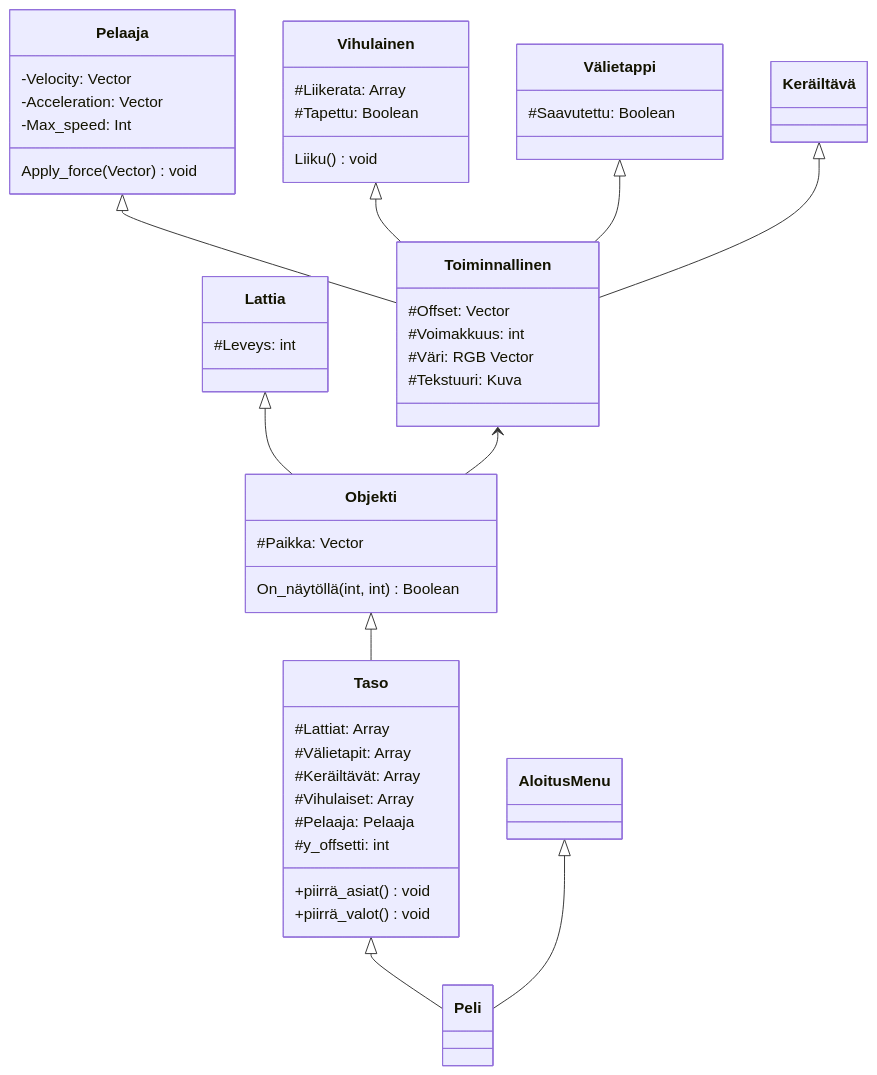
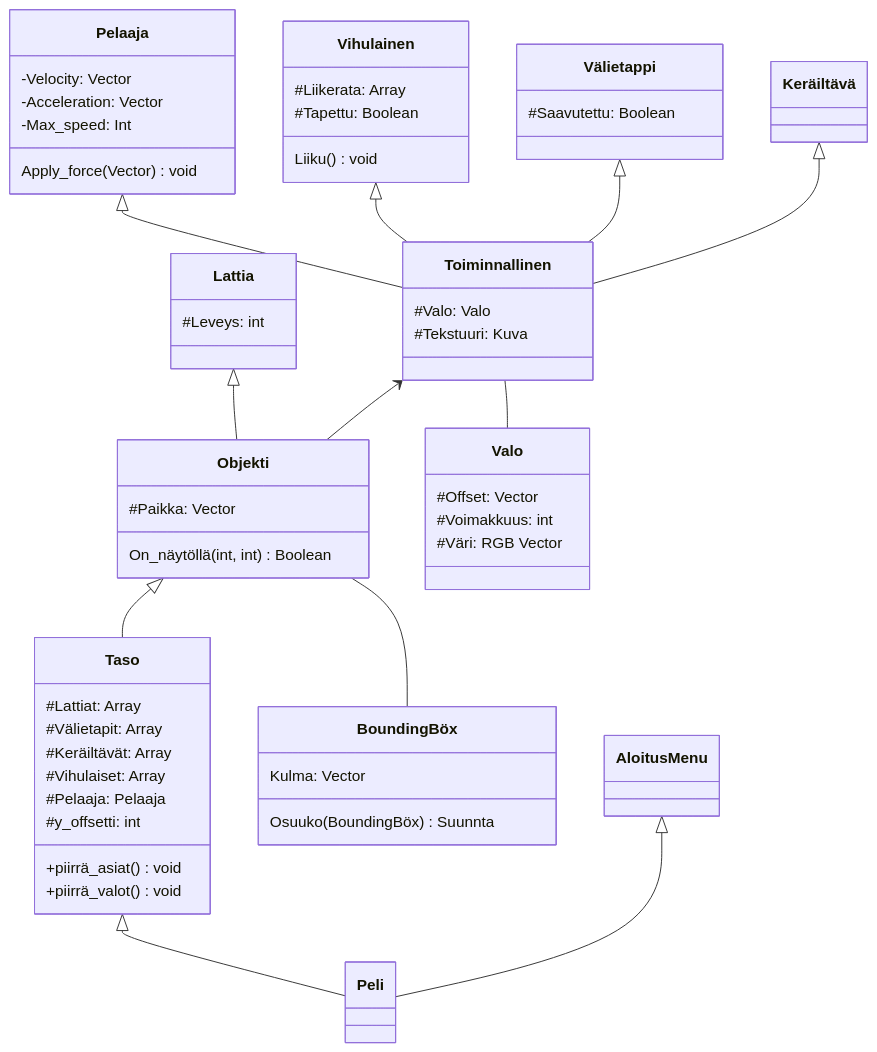
One commit to levitesuo/ot-harjoitustyo changed the diagram in Projekti/Dokumentit/Luokat.md. Above: the diagram before and after it, drawn with Mermaid. The commit also changed 6 other files, not shown here.

````diff
--- a/Projekti/Dokumentit/Luokat.md
+++ b/Projekti/Dokumentit/Luokat.md
@@ -1,69 +1,75 @@
 ```mermaid
 classDiagram
     class Taso {
         #Lattiat: Array
         #Välietapit: Array
         #Keräiltävät: Array
         #Vihulaiset: Array
         #Pelaaja: Pelaaja
 
         #y_offsetti: int
 
         +piirrä_asiat() void
         +piirrä_valot() void
     }
 
     class Objekti {
         #Paikka: Vector
 
         On_näytöllä(int, int) Boolean
     }
 
 
     class Toiminnallinen {
+        #Valo: Valo
+        #Tekstuuri: Kuva
+    }
+
+    class Valo {
         #Offset: Vector
         #Voimakkuus: int
         #Väri: RGB Vector
-
-        #Tekstuuri: Kuva
     }
 
     class Lattia{
         #Leveys: int
     }
 
     class Välietappi {
         #Saavutettu: Boolean
     }
 
     class Vihulainen {
         #Liikerata: Array
         #Tapettu: Boolean
 
         Liiku() void
     }
 
+    class BoundingBöx {
+        Kulma: Vector
+
+        Osuuko(BoundingBöx) Suunnta
+    }
     class Pelaaja {
         -Velocity: Vector
         -Acceleration: Vector
         -Max_speed: Int
 
         Apply_force(Vector) void
     }
     Pelaaja    <|-- Toiminnallinen
     Vihulainen <|-- Toiminnallinen
 
-
+    Objekti     --  BoundingBöx
     Lattia     <|-- Objekti
     Välietappi <|-- Toiminnallinen
     Keräiltävä <|-- Toiminnallinen
     
-    Toiminnallinen <-- Objekti
-    
-    Objekti <|-- Taso
-
-
+    Toiminnallinen <--  Objekti
+    Toiminnallinen --   Valo
+    Objekti        <|-- Taso
 
     Taso        <|-- Peli
     AloitusMenu <|-- Peli   
 ```
````
